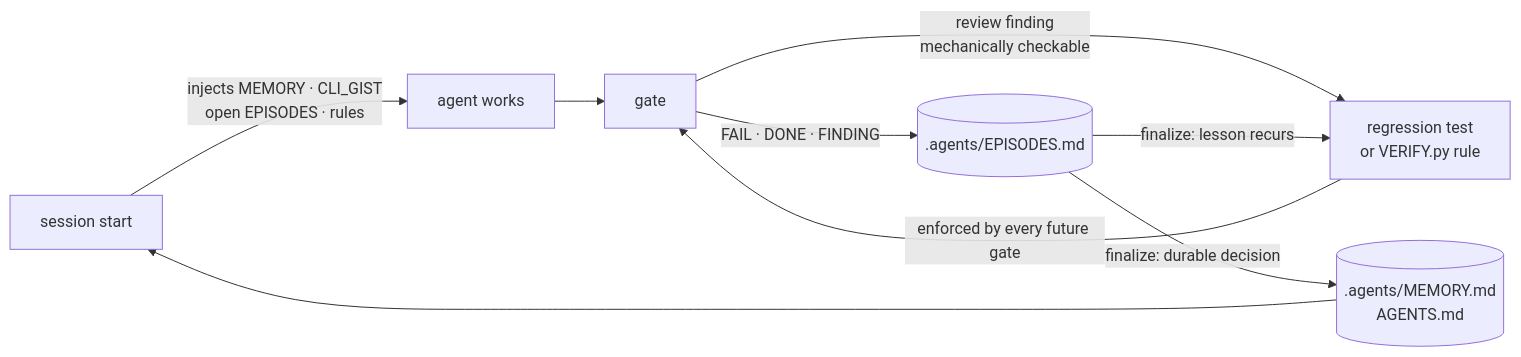
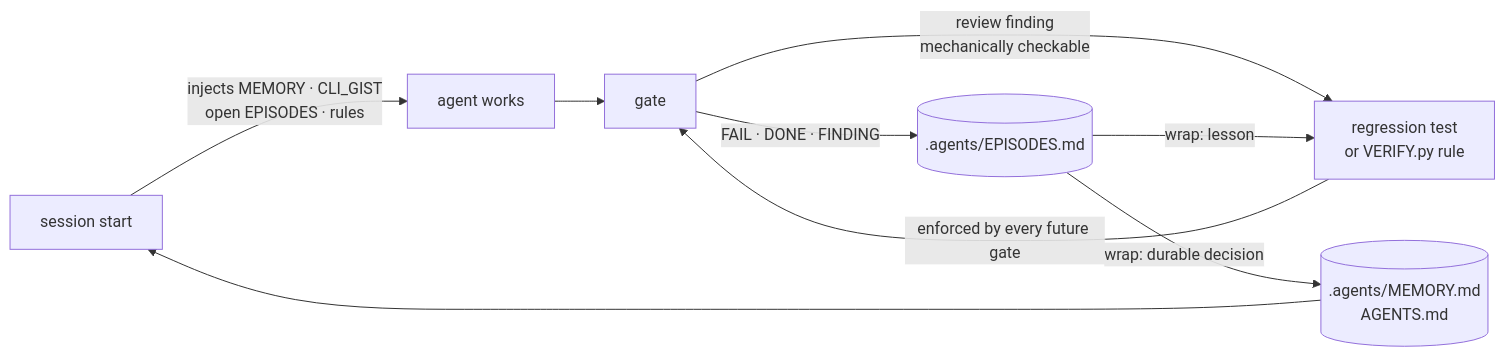
Before and after one commit to kyr0/defuss-vae: the second of 2 diagrams in README.md, drawn with Mermaid. The commit also changed other lines of this file and 11 other files, not shown here.

````diff
--- a/README.md
+++ b/README.md
@@ -74,11 +77,11 @@
 ```mermaid
 flowchart LR
     S["session start"] -->|"injects MEMORY · CLI_GIST<br/>open EPISODES · rules"| A["agent works"]
     A --> G["gate"]
     G -->|"FAIL · DONE · FINDING"| E[(".agents/EPISODES.md")]
     G -->|"review finding<br/>mechanically checkable"| T["regression test<br/>or VERIFY.py rule"]
-    E -->|"finalize: lesson recurs"| T
-    E -->|"finalize: durable decision"| M[(".agents/MEMORY.md<br/>AGENTS.md")]
+    E -->|"wrap: lesson"| T
+    E -->|"wrap: durable decision"| M[(".agents/MEMORY.md<br/>AGENTS.md")]
     T -->|"enforced by every future gate"| G
     M --> S
 ```
````
